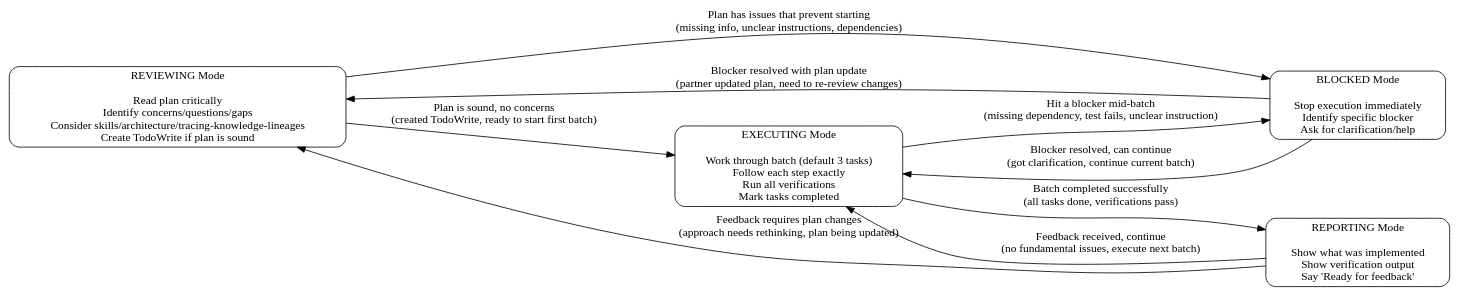
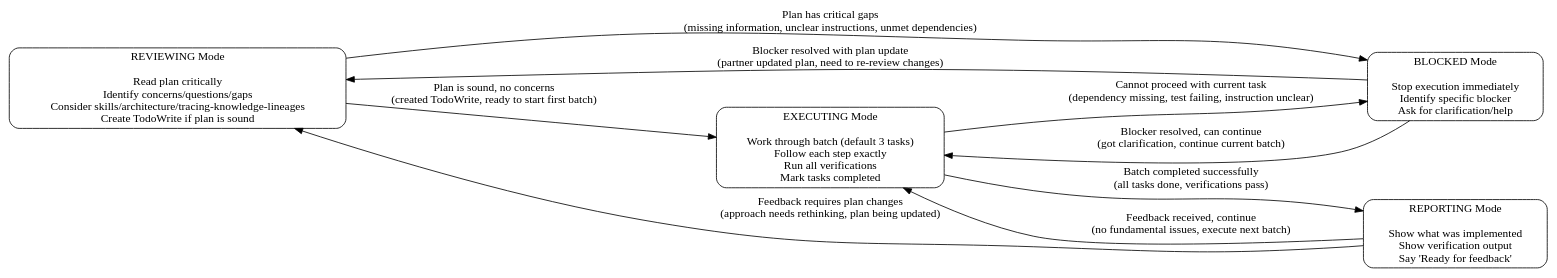
Before and after one commit to sitien173/refract: the diagram in plugin/skills/collaboration/executing-plans/SKILL.md, drawn with Graphviz. The commit also changed 11 other files, not shown here.

````diff
--- a/plugin/skills/collaboration/executing-plans/SKILL.md
+++ b/plugin/skills/collaboration/executing-plans/SKILL.md
@@ -20,30 +20,30 @@
 ```dot
 digraph executing_modes {
     rankdir=LR;
     node [shape=box, style=rounded];
 
     REVIEWING [label="REVIEWING Mode\n\nRead plan critically\nIdentify concerns/questions/gaps\nConsider skills/architecture/tracing-knowledge-lineages\nCreate TodoWrite if plan is sound"];
 
     EXECUTING [label="EXECUTING Mode\n\nWork through batch (default 3 tasks)\nFollow each step exactly\nRun all verifications\nMark tasks completed"];
 
     BLOCKED [label="BLOCKED Mode\n\nStop execution immediately\nIdentify specific blocker\nAsk for clarification/help"];
 
     REPORTING [label="REPORTING Mode\n\nShow what was implemented\nShow verification output\nSay 'Ready for feedback'"];
 
     REVIEWING -> EXECUTING [label="Plan is sound, no concerns\n(created TodoWrite, ready to start first batch)"];
 
-    REVIEWING -> BLOCKED [label="Plan has issues that prevent starting\n(missing info, unclear instructions, dependencies)"];
+    REVIEWING -> BLOCKED [label="Plan has critical gaps\n(missing information, unclear instructions, unmet dependencies)"];
 
-    EXECUTING -> BLOCKED [label="Hit a blocker mid-batch\n(missing dependency, test fails, unclear instruction)"];
+    EXECUTING -> BLOCKED [label="Cannot proceed with current task\n(dependency missing, test failing, instruction unclear)"];
 
     EXECUTING -> REPORTING [label="Batch completed successfully\n(all tasks done, verifications pass)"];
 
     BLOCKED -> REVIEWING [label="Blocker resolved with plan update\n(partner updated plan, need to re-review changes)"];
 
     BLOCKED -> EXECUTING [label="Blocker resolved, can continue\n(got clarification, continue current batch)"];
 
     REPORTING -> EXECUTING [label="Feedback received, continue\n(no fundamental issues, execute next batch)"];
 
     REPORTING -> REVIEWING [label="Feedback requires plan changes\n(approach needs rethinking, plan being updated)"];
 }
 ```
````
